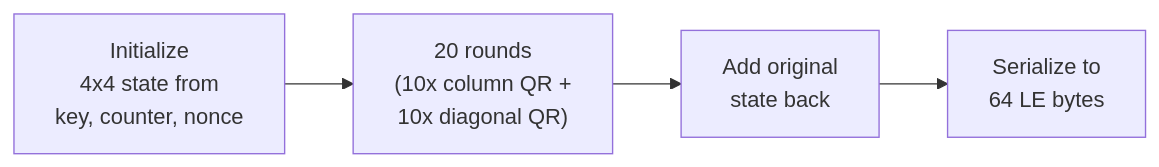
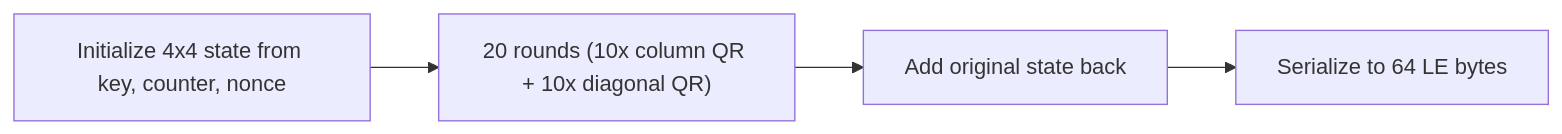
The second of 4 diagrams in README.md (zheylmun/chacha20_poly1305), drawn with Mermaid before and after one commit. The commit also changed other lines of this file and 1 other file, not shown here.

Commit message:
Fix formatting issues with mermaid diagrams

````diff
--- a/README.md
+++ b/README.md
@@ -45,8 +45,8 @@
 ```mermaid
 flowchart LR
-  Init["Initialize\n4x4 state from\nkey, counter, nonce"]
-  Rounds["20 rounds\n(10x column QR +\n10x diagonal QR)"]
-  Add["Add original\nstate back"]
-  Ser["Serialize to\n64 LE bytes"]
+  Init["Initialize 4x4 state from key, counter, nonce"]
+  Rounds["20 rounds (10x column QR + 10x diagonal QR)"]
+  Add["Add original state back"]
+  Ser["Serialize to 64 LE bytes"]
   Init --> Rounds --> Add --> Ser
 ```
````
